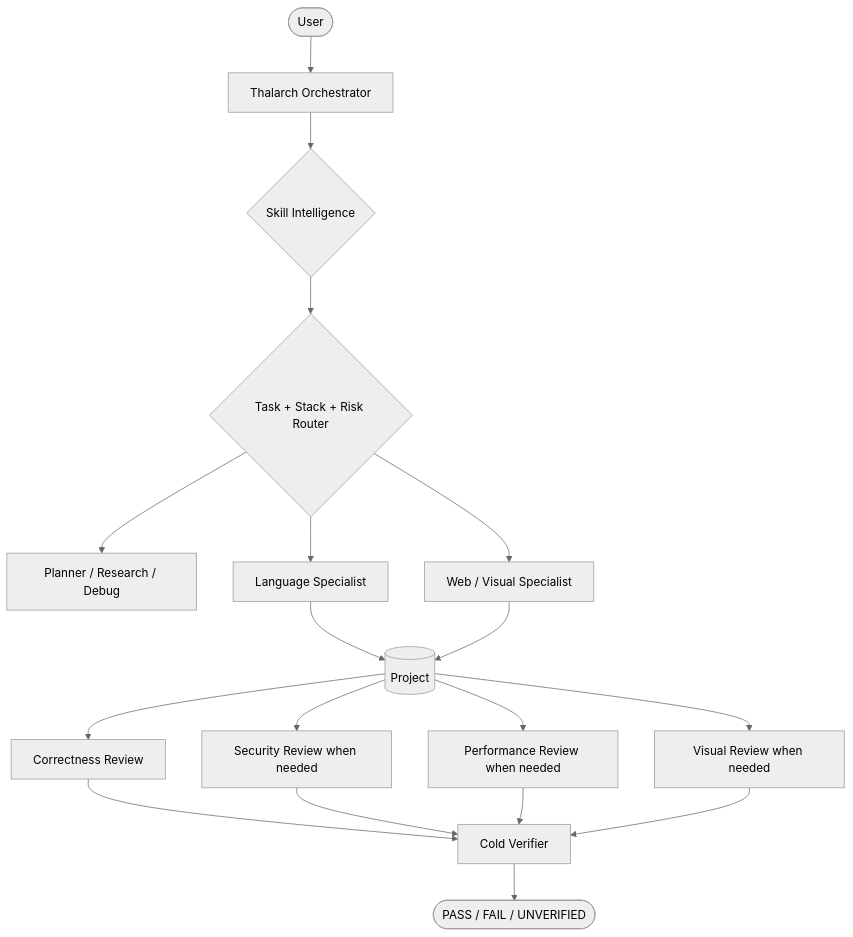
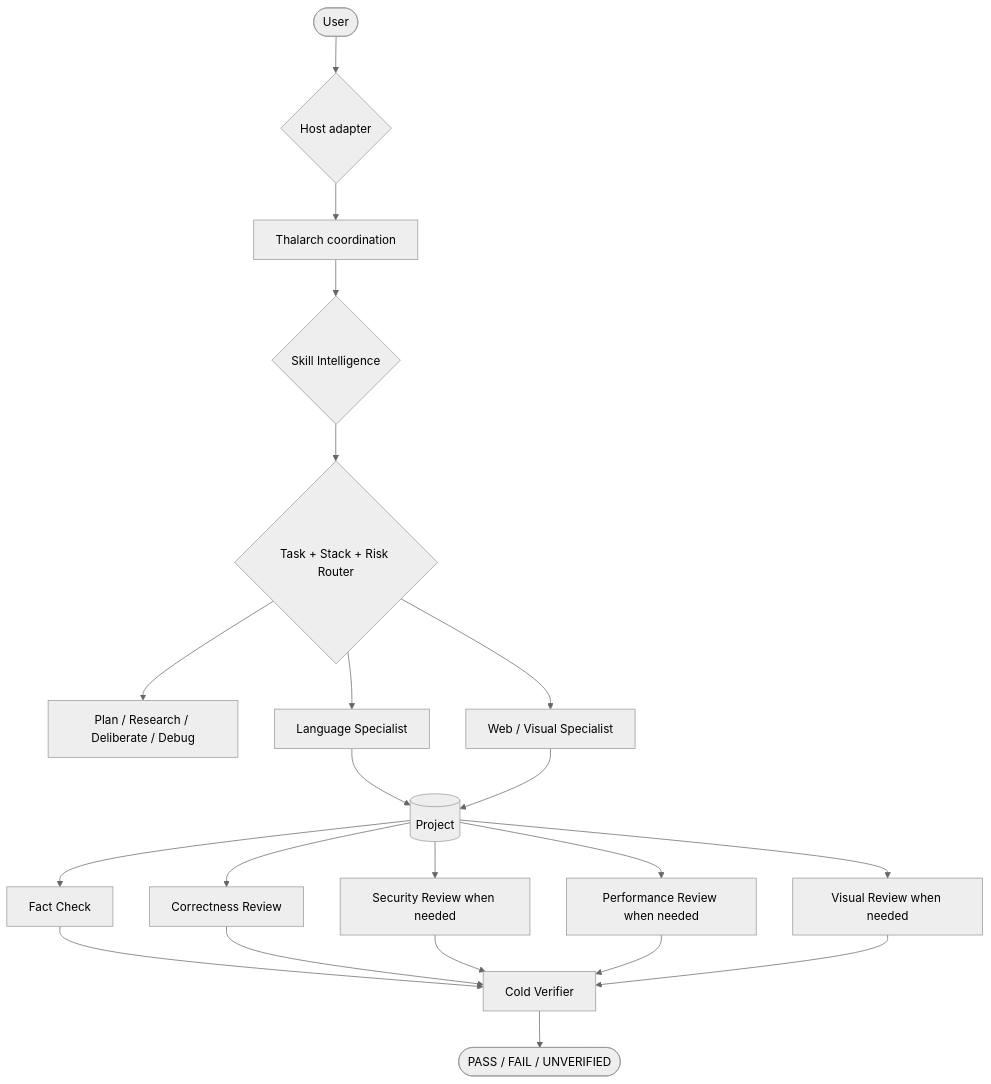
One commit to LUC4N3X/antigravity-thalarch changed the diagram in README.md. Above: the diagram before and after it, drawn with Mermaid (neutral theme). The commit also changed other lines of this file, not shown here.

Commit message:
docs: present Thalarch as multi-engine reliability layer

````diff
--- a/README.md
+++ b/README.md
@@ -203,24 +267,27 @@
 ```mermaid
 graph TD
-    U([User]) --> O[Thalarch Orchestrator]
+    U([User]) --> H{Host adapter}
+    H --> O[Thalarch coordination]
     O --> S{Skill Intelligence}
     S --> R{Task + Stack + Risk Router}
 
-    R --> P[Planner / Research / Debug]
+    R --> P[Plan / Research / Deliberate / Debug]
     R --> L[Language Specialist]
     R --> W[Web / Visual Specialist]
 
     L --> C[(Project)]
     W --> C
 
+    C --> F[Fact Check]
     C --> CR[Correctness Review]
     C --> SR[Security Review when needed]
     C --> PR[Performance Review when needed]
     C --> VR[Visual Review when needed]
 
-    CR --> V[Cold Verifier]
+    F --> V[Cold Verifier]
+    CR --> V
     SR --> V
     PR --> V
     VR --> V
     V --> E([PASS / FAIL / UNVERIFIED])
 ```
````
